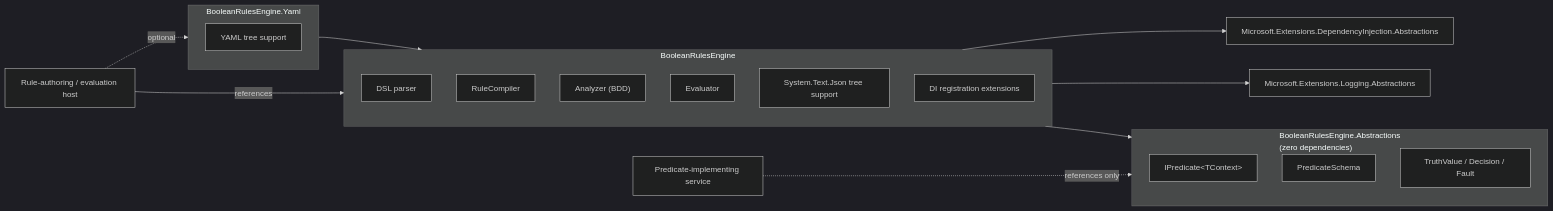
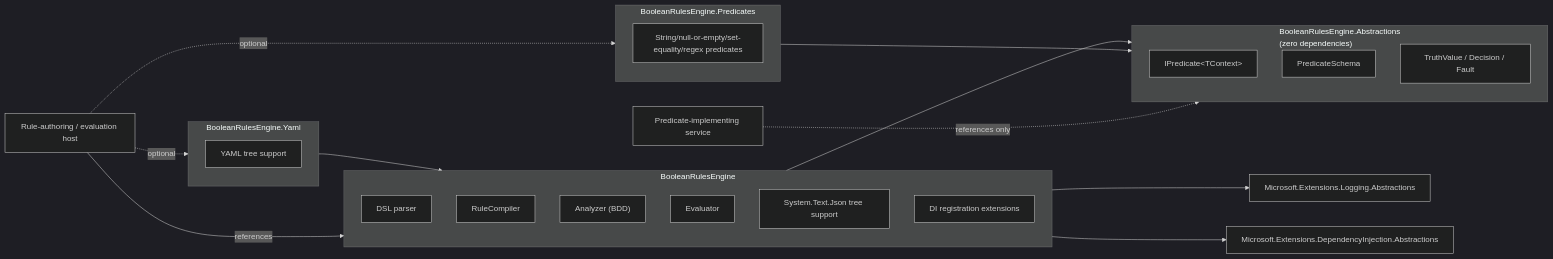
One commit to rheone/Boolean-Rules-Engine changed the diagram in docs/adr/0004-package-boundaries-and-extensibility.md. Above: the diagram before and after it, drawn with Mermaid (dark theme). The commit also changed other lines of this file and 14 other files, not shown here.

First line of the commit message:
Add BooleanRulesEngine.Predicates: ready-made string/collection/regex predicates

````diff
--- a/docs/adr/0004-package-boundaries-and-extensibility.md
+++ b/docs/adr/0004-package-boundaries-and-extensibility.md
@@ -44,30 +58,36 @@
 ```mermaid
 flowchart LR
     subgraph Abstractions["BooleanRulesEngine.Abstractions<br/>(zero dependencies)"]
         IPredicate["IPredicate&lt;TContext&gt;"]
         Schema["PredicateSchema"]
         Truth["TruthValue / Decision / Fault"]
     end
 
     subgraph Core["BooleanRulesEngine"]
         Parser["DSL parser"]
         Compiler["RuleCompiler"]
         Analyzer["Analyzer (BDD)"]
         Evaluator["Evaluator"]
         Json["System.Text.Json tree support"]
         DI["DI registration extensions"]
     end
 
     subgraph YamlPkg["BooleanRulesEngine.Yaml"]
         Yaml["YAML tree support"]
     end
 
+    subgraph PredicatesPkg["BooleanRulesEngine.Predicates"]
+        Predicates["String/null-or-empty/set-equality/regex predicates"]
+    end
+
     Core --> Abstractions
     YamlPkg --> Core
+    PredicatesPkg --> Abstractions
     Core --> MEL["Microsoft.Extensions.Logging.Abstractions"]
     Core --> MEDI["Microsoft.Extensions.DependencyInjection.Abstractions"]
 
     App["Predicate-implementing service"] -.->|"references only"| Abstractions
     Host["Rule-authoring / evaluation host"] -->|"references"| Core
     Host -.->|"optional"| YamlPkg
+    Host -.->|"optional"| PredicatesPkg
 ```
````
